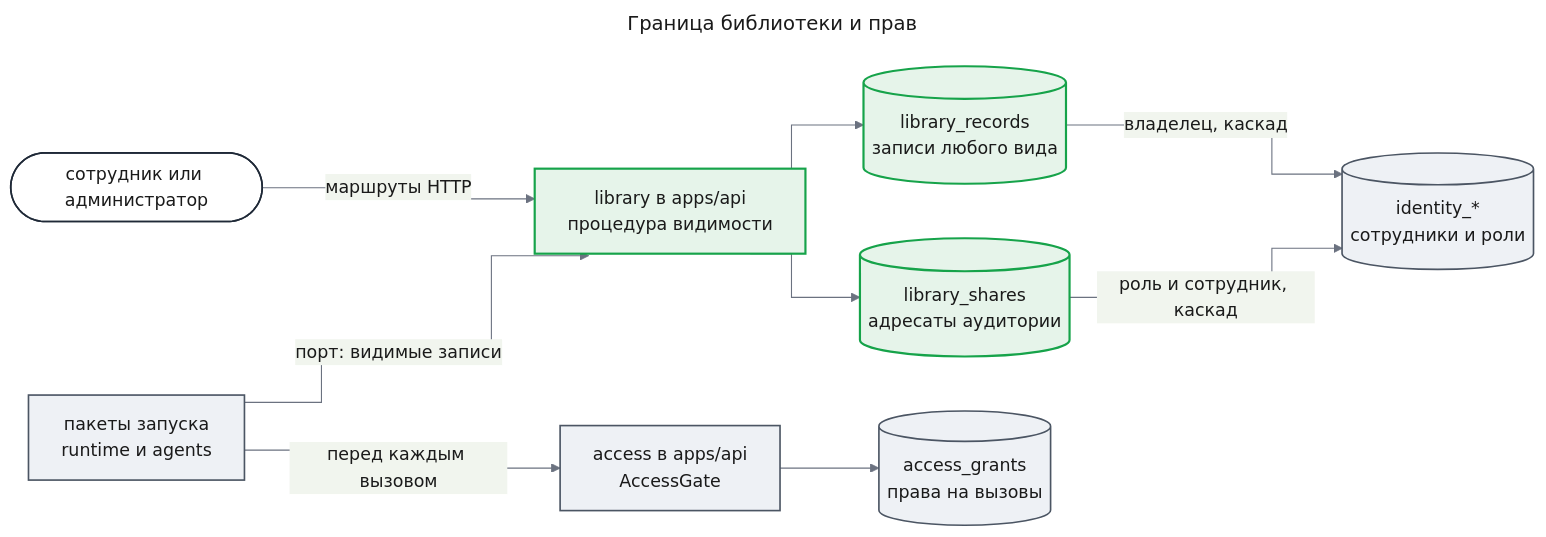
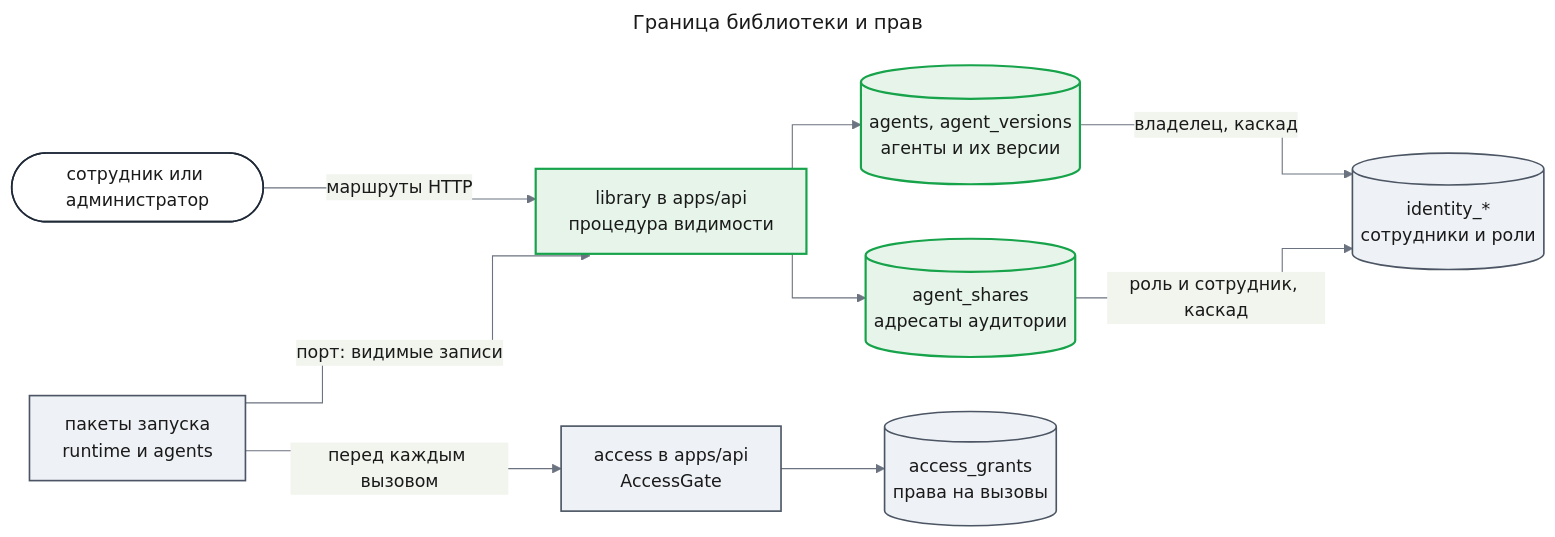
One commit to tundraray/agent-os changed the diagram in docs/adr/ADR-0016-library-records-and-visibility.md. Above: the diagram before and after it, drawn with Mermaid. The commit also changed other lines of this file and 1225 other files, not shown here.

First line of the commit message:
feat: deep agents, live agent objects, a restructured backend and self-learning (#14)

````diff
--- a/docs/adr/ADR-0016-library-records-and-visibility.md
+++ b/docs/adr/ADR-0016-library-records-and-visibility.md
@@ -15,38 +15,38 @@
 ```mermaid
 ---
 title: "Граница библиотеки и прав"
 config:
   theme: base
   look: classic
   themeVariables:
     primaryColor: "#eef1f5"
     primaryBorderColor: "#4b5563"
     primaryTextColor: "#1a1a1a"
     lineColor: "#6b7280"
   flowchart:
     curve: step
 ---
 flowchart LR
     entry(["сотрудник или администратор"])
     pkg["пакеты запуска<br/>runtime и agents"]
     lib["library в apps/api<br/>процедура видимости"]
     acc["access в apps/api<br/>AccessGate"]
-    rec[("library_records<br/>записи любого вида")]
-    sh[("library_shares<br/>адресаты аудитории")]
+    rec[("agents, agent_versions<br/>агенты и их версии")]
+    sh[("agent_shares<br/>адресаты аудитории")]
     idn[("identity_*<br/>сотрудники и роли")]
     gr[("access_grants<br/>права на вызовы")]
     entry -->|"маршруты HTTP"| lib
     pkg -->|"порт: видимые записи"| lib
     pkg -->|"перед каждым вызовом"| acc
     lib --> rec
     lib --> sh
     rec -->|"владелец, каскад"| idn
     sh -->|"роль и сотрудник, каскад"| idn
     acc --> gr
     classDef entry fill:#ffffff,stroke:#1f2937,stroke-width:1.5px,color:#1a1a1a
     classDef new fill:#e6f4ea,stroke:#16a34a,stroke-width:2px,color:#1a1a1a
     classDef unchanged fill:#eef1f5,stroke:#4b5563,stroke-width:1.5px,color:#1a1a1a
     class entry entry
     class lib,rec,sh new
     class pkg,acc,idn,gr unchanged
 ```
````
